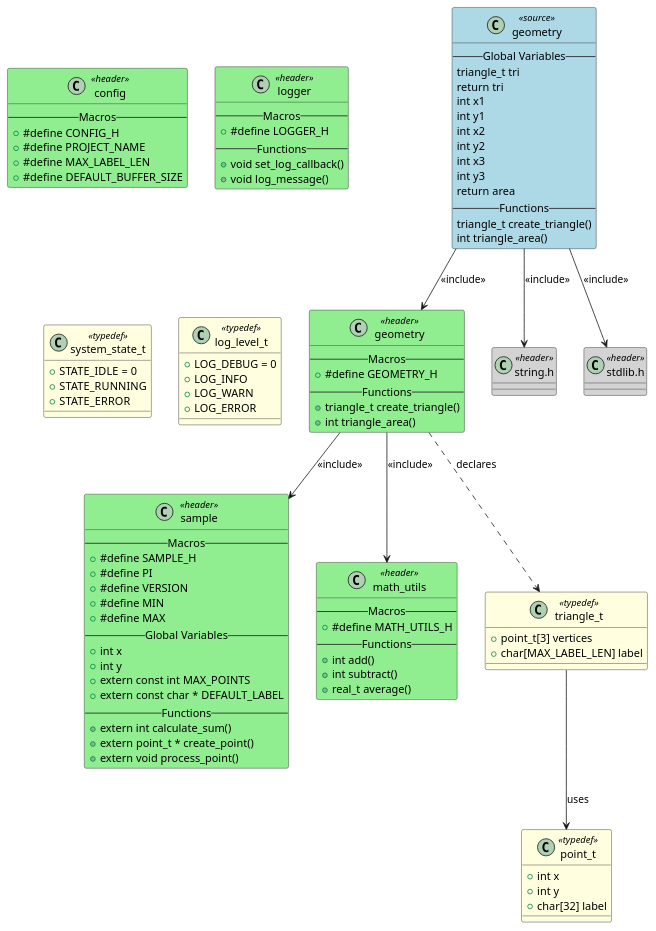
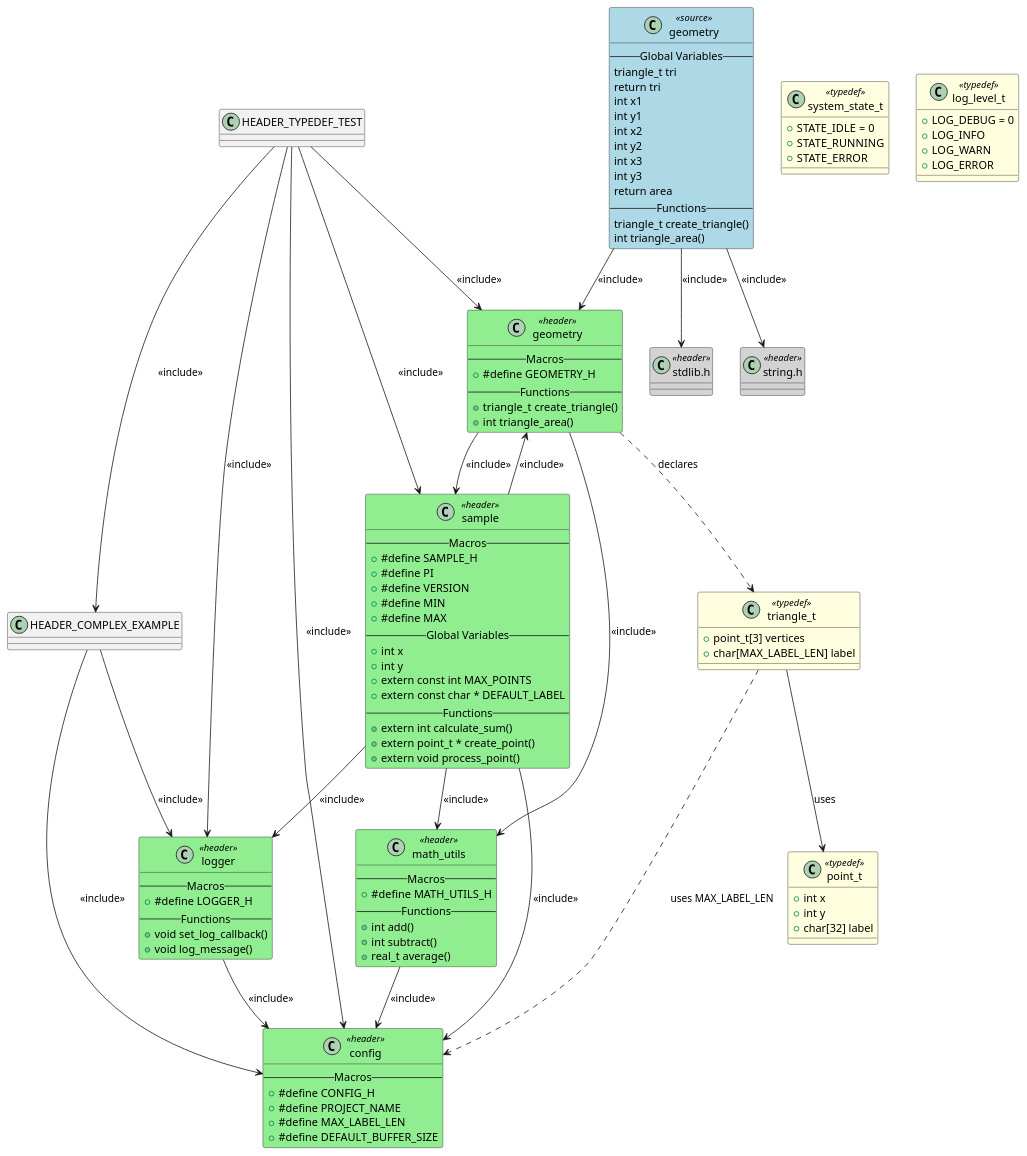
The diagram in output/geometry.puml (fischerjooo/c2puml), drawn with PlantUML before and after one commit. The commit also changed 12 other files, not shown here.

```diff
--- a/output/geometry.puml
+++ b/output/geometry.puml
@@ -1,120 +1,134 @@
 @startuml geometry
 
 class "geometry" as GEOMETRY <<source>> #LightBlue
 {
     -- Global Variables --
     triangle_t tri
     return tri
     int x1
     int y1
     int x2
     int y2
     int x3
     int y3
     return area
     -- Functions --
     triangle_t create_triangle()
     int triangle_area()
 }
 
 class "geometry" as HEADER_GEOMETRY <<header>> #LightGreen
 {
     -- Macros --
     + #define GEOMETRY_H
     -- Functions --
     + triangle_t create_triangle()
     + int triangle_area()
 }
 
 class "string.h" as HEADER_STRING_H <<header>> #LightGray
 {
 }
 
 class "stdlib.h" as HEADER_STDLIB_H <<header>> #LightGray
 {
 }
 
 class "sample" as HEADER_SAMPLE <<header>> #LightGreen
 {
     -- Macros --
     + #define SAMPLE_H
     + #define PI
     + #define VERSION
     + #define MIN
     + #define MAX
     -- Global Variables --
     + int x
     + int y
     + extern const int MAX_POINTS
     + extern const char * DEFAULT_LABEL
     -- Functions --
     + extern int calculate_sum()
     + extern point_t * create_point()
     + extern void process_point()
 }
 
 class "config" as HEADER_CONFIG <<header>> #LightGreen
 {
     -- Macros --
     + #define CONFIG_H
     + #define PROJECT_NAME
     + #define MAX_LABEL_LEN
     + #define DEFAULT_BUFFER_SIZE
 }
 
 class "logger" as HEADER_LOGGER <<header>> #LightGreen
 {
     -- Macros --
     + #define LOGGER_H
     -- Functions --
     + void set_log_callback()
     + void log_message()
 }
 
 class "math_utils" as HEADER_MATH_UTILS <<header>> #LightGreen
 {
     -- Macros --
     + #define MATH_UTILS_H
     -- Functions --
     + int add()
     + int subtract()
     + real_t average()
 }
 
 class "triangle_t" as TYPEDEF_TRIANGLE_T <<typedef>> #LightYellow
 {
     + point_t[3] vertices
     + char[MAX_LABEL_LEN] label
 }
 
 class "point_t" as TYPEDEF_POINT_T <<typedef>> #LightYellow
 {
     + int x
     + int y
     + char[32] label
 }
 
 class "system_state_t" as TYPEDEF_SYSTEM_STATE_T <<typedef>> #LightYellow
 {
     + STATE_IDLE = 0
     + STATE_RUNNING
     + STATE_ERROR
 }
 
 class "log_level_t" as TYPEDEF_LOG_LEVEL_T <<typedef>> #LightYellow
 {
     + LOG_DEBUG = 0
     + LOG_INFO
     + LOG_WARN
     + LOG_ERROR
 }
 
 HEADER_GEOMETRY --> HEADER_SAMPLE : <<include>>
 HEADER_GEOMETRY --> HEADER_MATH_UTILS : <<include>>
+HEADER_COMPLEX_EXAMPLE --> HEADER_CONFIG : <<include>>
+HEADER_COMPLEX_EXAMPLE --> HEADER_LOGGER : <<include>>
+HEADER_LOGGER --> HEADER_CONFIG : <<include>>
+HEADER_MATH_UTILS --> HEADER_CONFIG : <<include>>
+HEADER_SAMPLE --> HEADER_MATH_UTILS : <<include>>
+HEADER_SAMPLE --> HEADER_LOGGER : <<include>>
+HEADER_SAMPLE --> HEADER_GEOMETRY : <<include>>
+HEADER_SAMPLE --> HEADER_CONFIG : <<include>>
+HEADER_TYPEDEF_TEST --> HEADER_COMPLEX_EXAMPLE : <<include>>
+HEADER_TYPEDEF_TEST --> HEADER_GEOMETRY : <<include>>
+HEADER_TYPEDEF_TEST --> HEADER_LOGGER : <<include>>
+HEADER_TYPEDEF_TEST --> HEADER_SAMPLE : <<include>>
+HEADER_TYPEDEF_TEST --> HEADER_CONFIG : <<include>>
 GEOMETRY --> HEADER_GEOMETRY : <<include>>
 GEOMETRY --> HEADER_STRING_H : <<include>>
 GEOMETRY --> HEADER_STDLIB_H : <<include>>
 HEADER_GEOMETRY ..> TYPEDEF_TRIANGLE_T : declares
 TYPEDEF_TRIANGLE_T --> TYPEDEF_POINT_T : uses
+TYPEDEF_TRIANGLE_T ..> HEADER_CONFIG : uses MAX_LABEL_LEN
 
 @enduml
```
